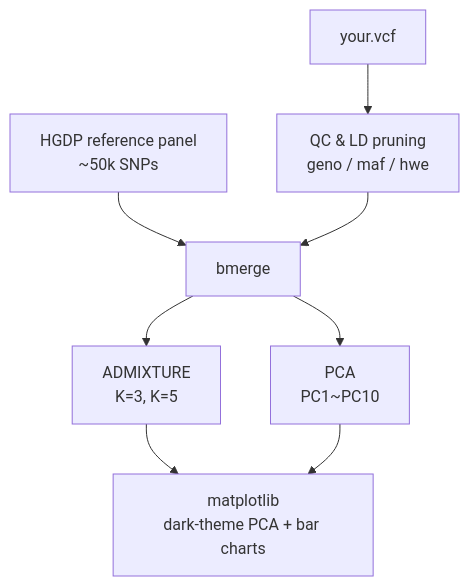
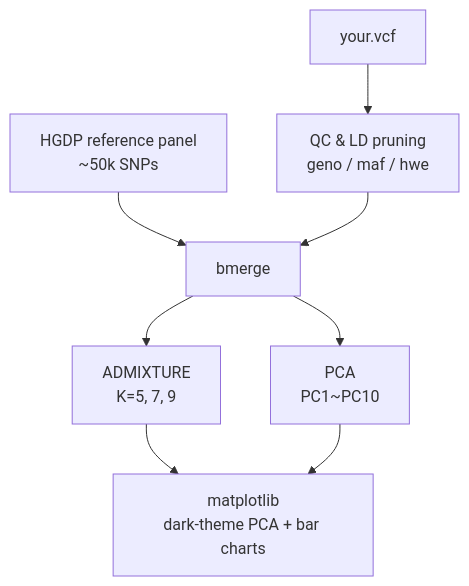
One commit to carolyn-sun/diy-dna-ancestry changed the diagram in README.md. Above: the diagram before and after it, drawn with Mermaid. The commit also changed other lines of this file and 1 other file, not shown here.

Commit message:
feat: update ADMIXTURE ranges to K=5, 7, 9 and add PCA-based KNN ancestry visualization

````diff
--- a/README.md
+++ b/README.md
@@ -24,18 +24,18 @@
 ```mermaid
 flowchart TD
     VCF["your.vcf"]
     QC["QC & LD pruning\ngeno / maf / hwe"]
     HGDP["HGDP reference panel\n~50k SNPs"]
     MERGE["bmerge"]
-    ADMIX["ADMIXTURE\nK=3, K=5"]
+    ADMIX["ADMIXTURE\nK=5, 7, 9"]
     PCA["PCA\nPC1~PC10"]
     PLOT["matplotlib\ndark-theme PCA + bar charts"]
 
     VCF --> QC
     HGDP --> MERGE
     QC --> MERGE
     MERGE --> ADMIX
     MERGE --> PCA
     ADMIX --> PLOT
     PCA --> PLOT
 ```
````
